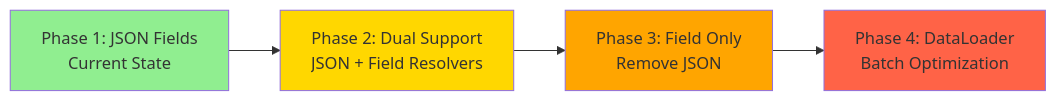
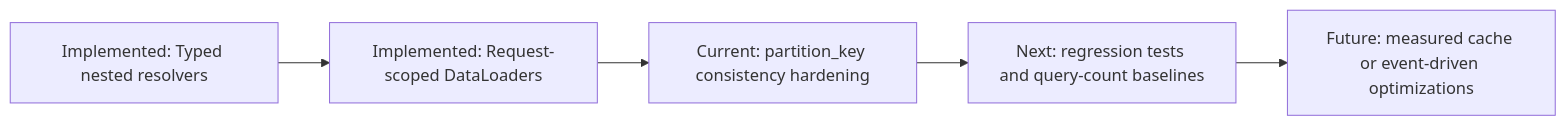
The fourth of 4 diagrams in docs/DEVELOPMENT_PLAN.md (ideabosque/ai_coordination_engine), drawn with Mermaid before and after one commit. The commit also changed other lines of this file and 120 other files, not shown here.

````diff
--- a/docs/DEVELOPMENT_PLAN.md
+++ b/docs/DEVELOPMENT_PLAN.md
@@ -695,11 +663,7 @@
 ```mermaid
 graph LR
-    A[Phase 1: JSON Fields<br/>Current State] --> B[Phase 2: Dual Support<br/>JSON + Field Resolvers]
-    B --> C[Phase 3: Field Only<br/>Remove JSON]
-    C --> D[Phase 4: DataLoader<br/>Batch Optimization]
-
-    style A fill:#90EE90
-    style B fill:#FFD700
-    style C fill:#FFA500
-    style D fill:#FF6347
+    A[Implemented: Typed nested resolvers] --> B[Implemented: Request-scoped DataLoaders]
+    B --> C[Current: partition_key consistency hardening]
+    C --> D[Next: regression tests and query-count baselines]
+    D --> E[Future: measured cache or event-driven optimizations]
 ```
````
